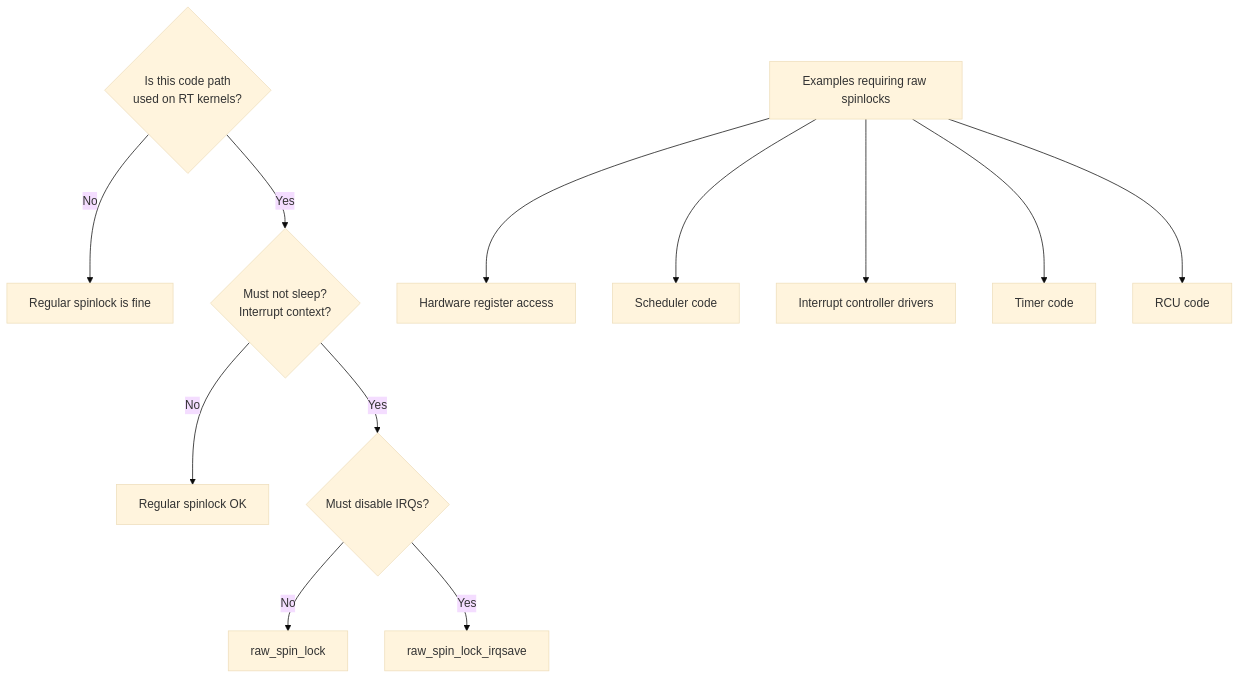
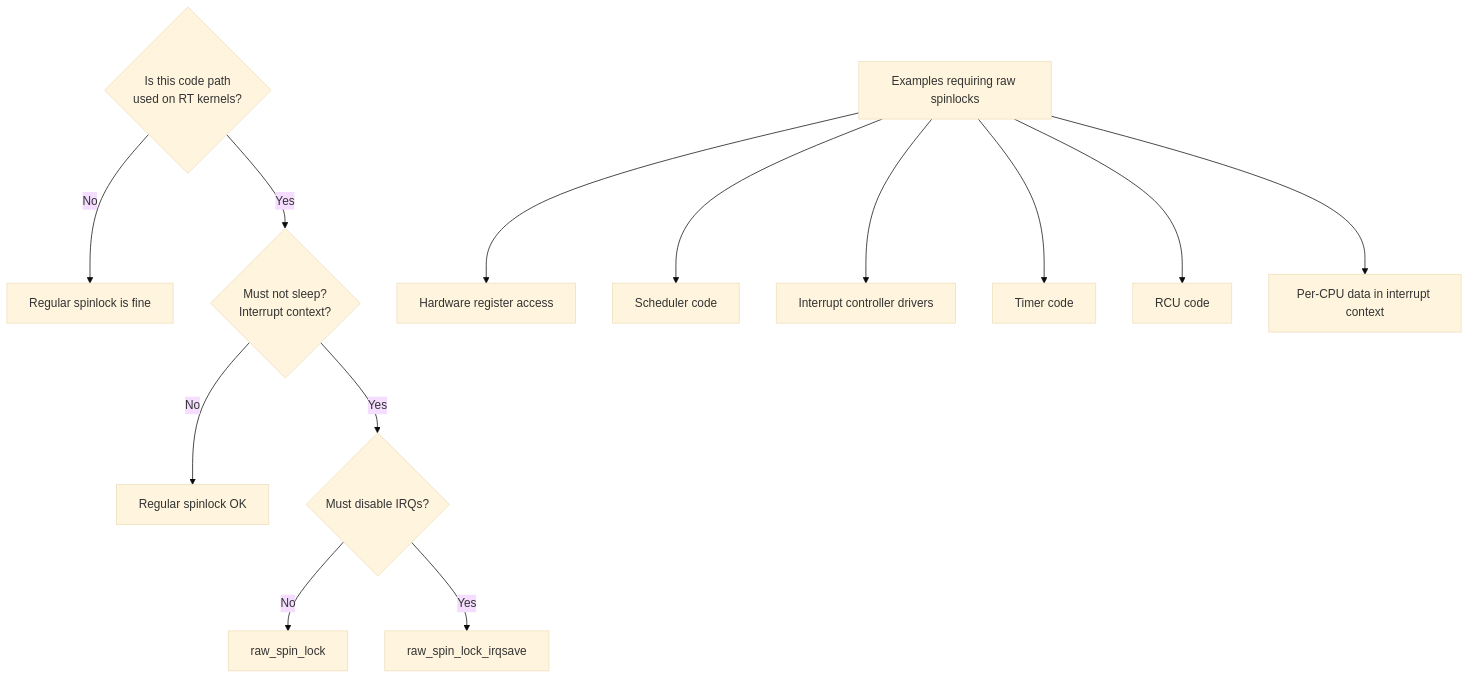
One commit to Abhinav-Kumar012/lb2 changed the fourth of 6 diagrams in src/kernel/interrupts/control.md. Above: the diagram before and after it, drawn with Mermaid (base theme). The commit also changed other lines of this file, not shown here.

Commit message:
Expand interrupts/control.md: add ARM64/RISC-V implementations, PREEMPT_RT raw_spinlock, context detection internals, IRQ latency measurement, lockdep integration, practical examples

````diff
--- a/src/kernel/interrupts/control.md
+++ b/src/kernel/interrupts/control.md
@@ -232,15 +305,16 @@
 ```mermaid
 graph TD
     A{Is this code path<br>used on RT kernels?} -->|No| B[Regular spinlock is fine]
     A -->|Yes| C{Must not sleep?<br>Interrupt context?}
     C -->|No| D[Regular spinlock OK]
     C -->|Yes| E{Must disable IRQs?}
     E -->|No| F[raw_spin_lock]
     E -->|Yes| G[raw_spin_lock_irqsave]
     
     H[Examples requiring raw spinlocks] --> I[Hardware register access]
     H --> J[Scheduler code]
     H --> K[Interrupt controller drivers]
     H --> L[Timer code]
     H --> M[RCU code]
+    H --> N[Per-CPU data in interrupt context]
 ```
````
